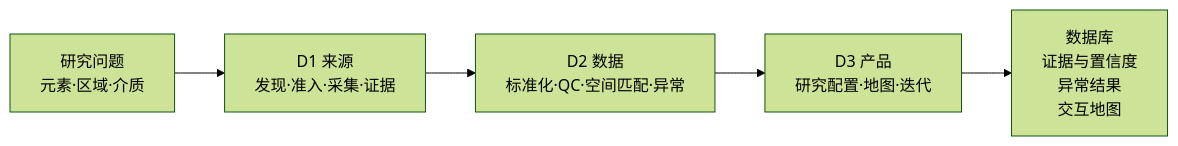
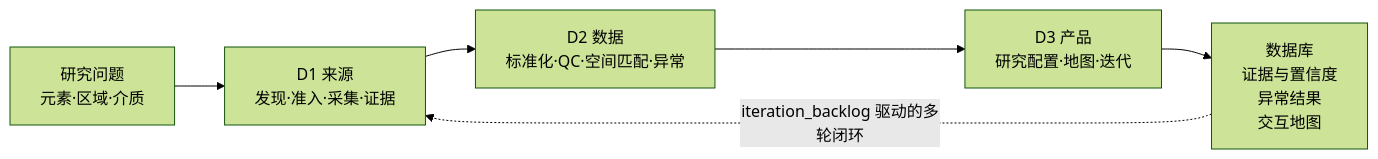
One commit to asimfish/global-geochemical-atlas-skill changed the diagram in README.md. Above: the diagram before and after it, drawn with Mermaid (forest theme). The commit also changed other lines of this file and 1 other file, not shown here.

````diff
--- a/README.md
+++ b/README.md
@@ -65,7 +149,8 @@
 ```mermaid
 flowchart LR
     Q[研究问题<br/>元素·区域·介质] --> D1[D1 来源<br/>发现·准入·采集·证据]
     D1 --> D2[D2 数据<br/>标准化·QC·空间匹配·异常]
     D2 --> D3[D3 产品<br/>研究配置·地图·迭代]
     D3 --> O[数据库<br/>证据与置信度<br/>异常结果<br/>交互地图]
+    O -. iteration_backlog 驱动的多轮闭环 .-> D1
 ```
````
